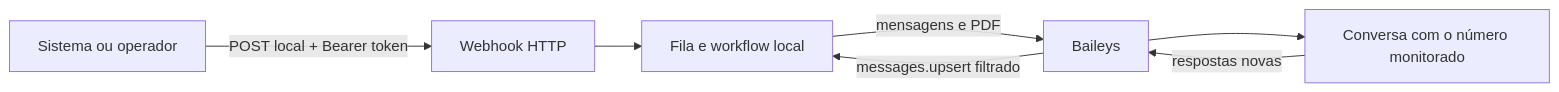
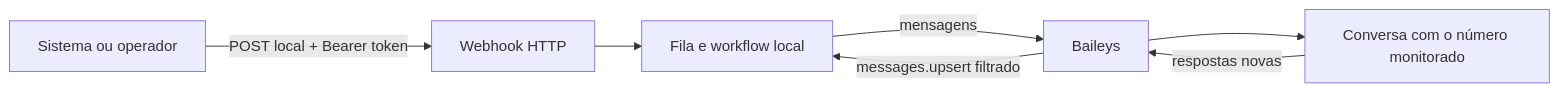
The diagram in README.md (rogerioaraujocosta/correcao-nome-latam), drawn with Mermaid before and after one commit. The commit also changed other lines of this file and 9 other files, not shown here.

````diff
--- a/README.md
+++ b/README.md
@@ -157,9 +157,9 @@
 ```mermaid
 flowchart LR
     A["Sistema ou operador"] -->|"POST local + Bearer token"| B["Webhook HTTP"]
     B --> C["Fila e workflow local"]
-    C -->|"mensagens e PDF"| D["Baileys"]
+    C -->|"mensagens"| D["Baileys"]
     D --> E["Conversa com o número monitorado"]
     E -->|"respostas novas"| D
     D -->|"messages.upsert filtrado"| C
 ```
````
